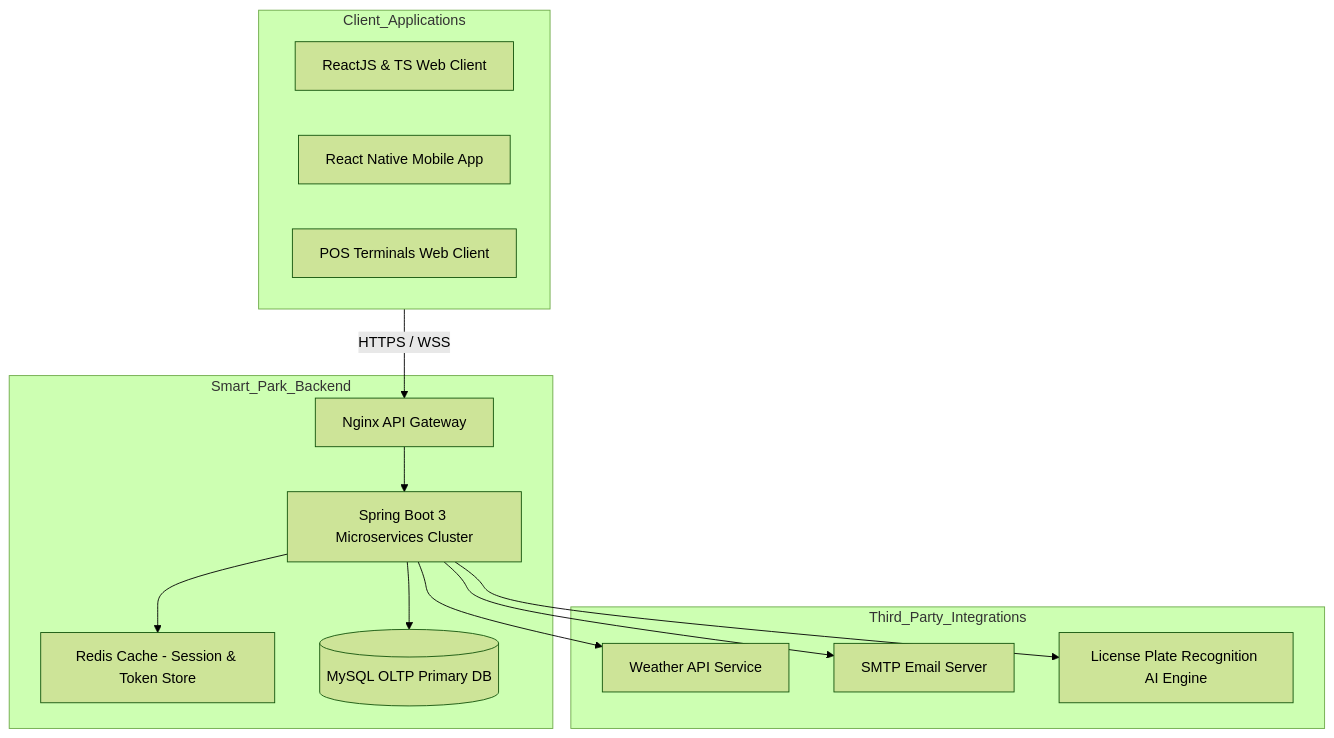
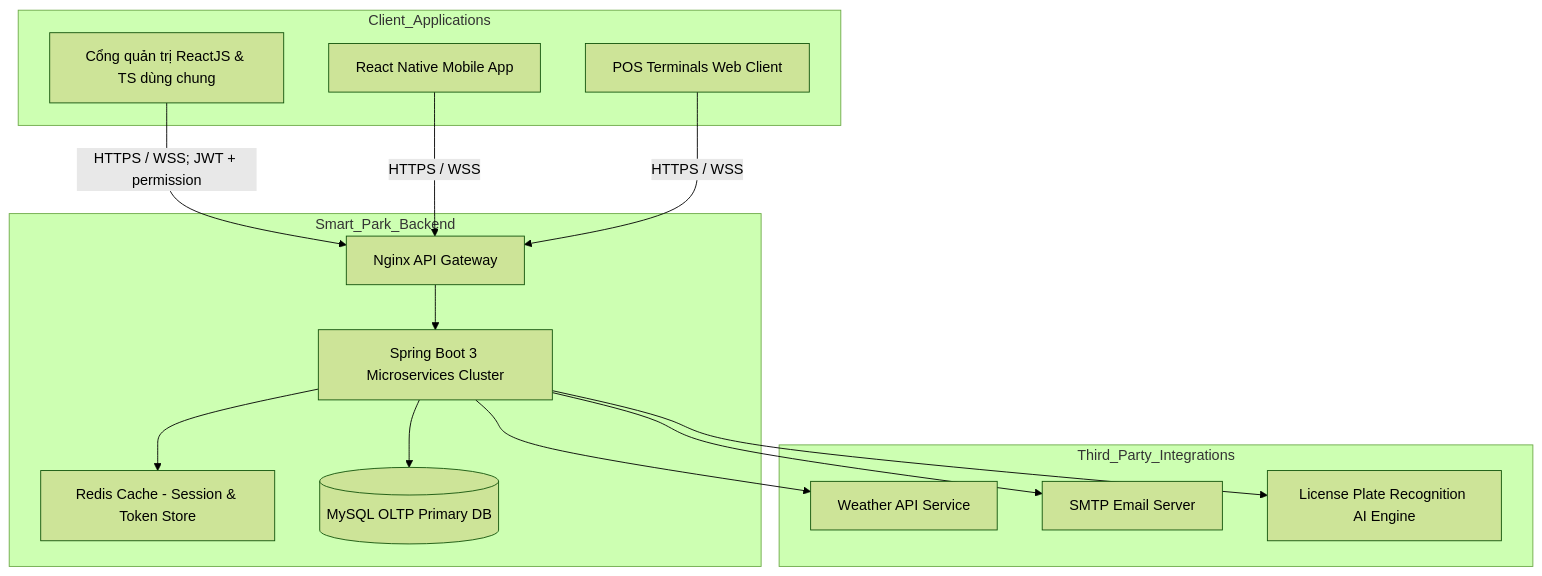
Before and after one commit to minh2307/Smart-Park: the second of 16 diagrams in Requirements_Design/System_Design_SRS.md, drawn with Mermaid (forest theme). The commit also changed other lines of this file and 144 other files, not shown here.

````diff
--- a/Requirements_Design/System_Design_SRS.md
+++ b/Requirements_Design/System_Design_SRS.md
@@ -86,27 +88,29 @@
 ```mermaid
 graph TD
     subgraph Client_Applications
-        ReactApp[ReactJS & TS Web Client]
+        AdminPortal[Cổng quản trị ReactJS & TS dùng chung]
         MobileApp[React Native Mobile App]
         POSApp[POS Terminals Web Client]
     end
 
     subgraph Smart_Park_Backend
         Gateway[Nginx API Gateway]
         Microservices[Spring Boot 3 Microservices Cluster]
         Redis[Redis Cache - Session & Token Store]
         MySQL[(MySQL OLTP Primary DB)]
     end
 
     subgraph Third_Party_Integrations
         WeatherAPI[Weather API Service]
         SMTP[SMTP Email Server]
         LPR[License Plate Recognition AI Engine]
     end
 
-    Client_Applications -->|HTTPS / WSS| Gateway
+    AdminPortal -->|HTTPS / WSS; JWT + permission| Gateway
+    MobileApp -->|HTTPS / WSS| Gateway
+    POSApp -->|HTTPS / WSS| Gateway
     Gateway --> Microservices
     Microservices --> Redis
     Microservices --> MySQL
     Microservices --> WeatherAPI & SMTP & LPR
 ```
````
